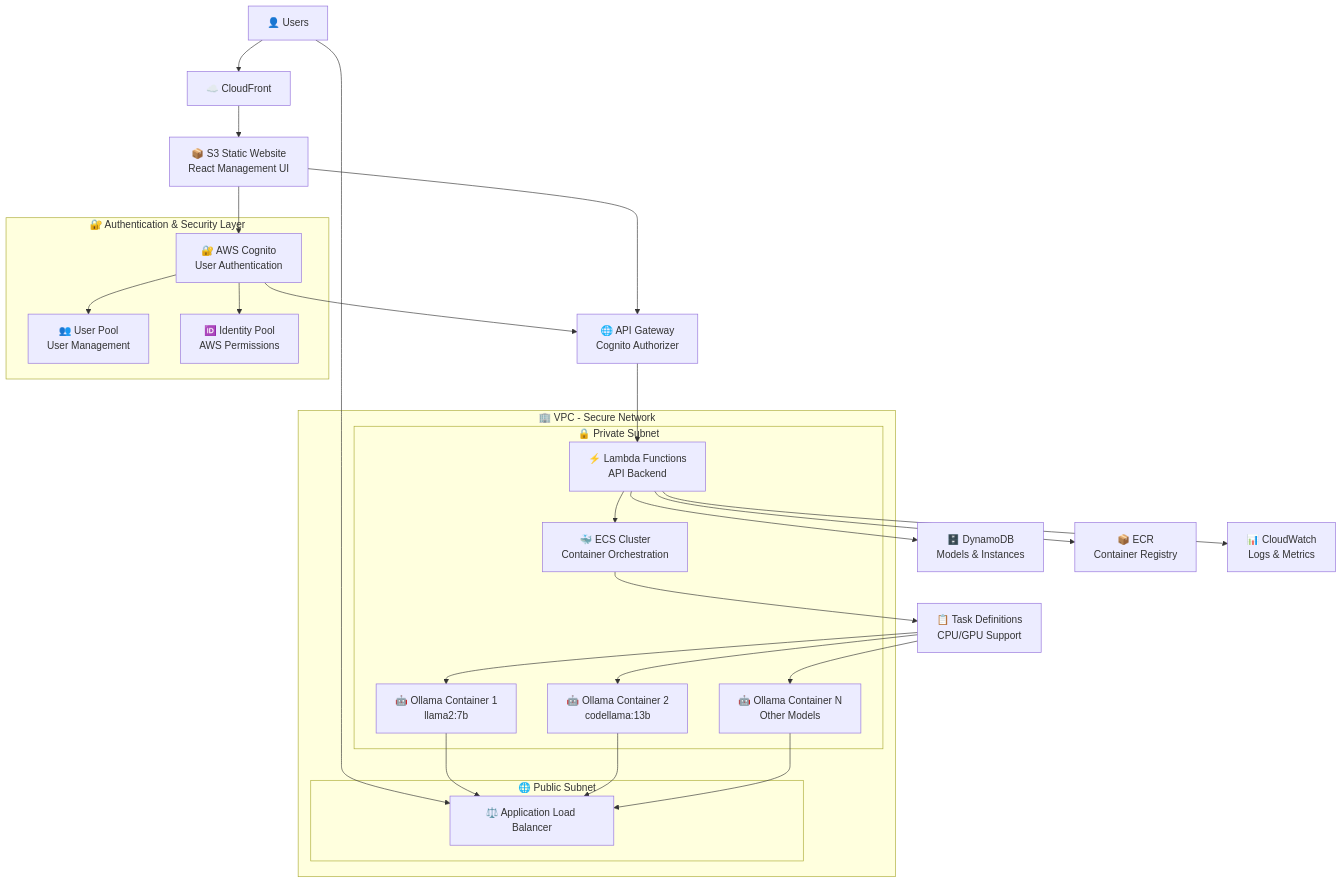
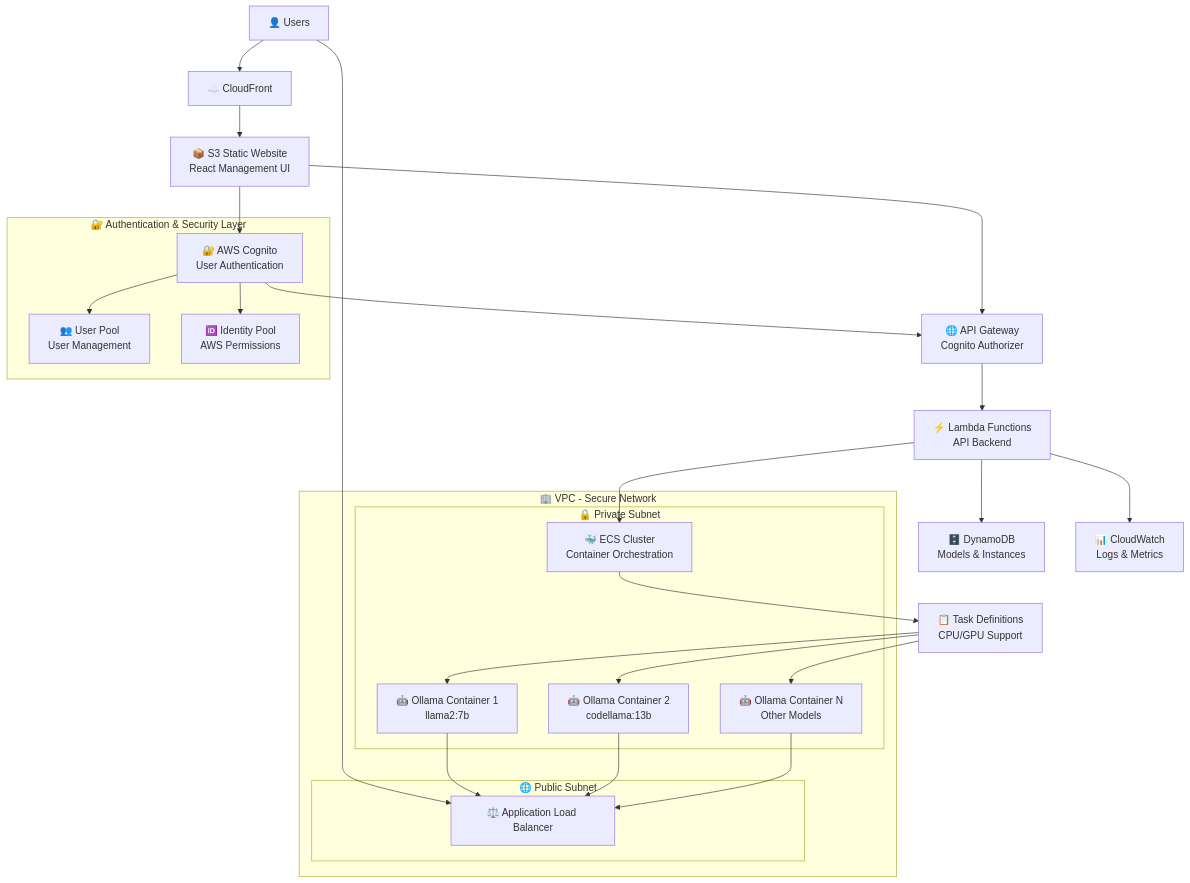
One commit to clf13092/aws-ollama-llm-platform changed the diagram in README.md. Above: the diagram before and after it, drawn with Mermaid. The commit also changed other lines of this file and 1 other file, not shown here.

````diff
--- a/README.md
+++ b/README.md
@@ -30,51 +30,49 @@
 ```mermaid
 graph TB
     User[👤 Users] --> CF[☁️ CloudFront]
     User --> ALB[⚖️ Application Load Balancer]
     
     CF --> S3[📦 S3 Static Website<br/>React Management UI]
     
     S3 --> Cognito[🔐 AWS Cognito<br/>User Authentication]
     S3 --> APIGW[🌐 API Gateway<br/>Cognito Authorizer]
     
     Cognito --> APIGW
     APIGW --> Lambda[⚡ Lambda Functions<br/>API Backend]
     
     Lambda --> DDB[🗄️ DynamoDB<br/>Models & Instances]
     Lambda --> ECS[🐳 ECS Cluster<br/>Container Orchestration]
-    Lambda --> ECR[📦 ECR<br/>Container Registry]
     
     ECS --> TaskDef[📋 Task Definitions<br/>CPU/GPU Support]
     TaskDef --> OllamaTask1[🤖 Ollama Container 1<br/>llama2:7b]
     TaskDef --> OllamaTask2[🤖 Ollama Container 2<br/>codellama:13b]
     TaskDef --> OllamaTaskN[🤖 Ollama Container N<br/>Other Models]
     
     OllamaTask1 --> ALB
     OllamaTask2 --> ALB
     OllamaTaskN --> ALB
     
     Lambda --> CW[📊 CloudWatch<br/>Logs & Metrics]
     
     subgraph VPC[🏢 VPC - Secure Network]
         subgraph PublicSubnet[🌐 Public Subnet]
             ALB
         end
         
         subgraph PrivateSubnet[🔒 Private Subnet]
             ECS
             OllamaTask1
             OllamaTask2
             OllamaTaskN
-            Lambda
         end
     end
     
     subgraph AuthLayer[🔐 Authentication & Security Layer]
         Cognito
         UserPool[👥 User Pool<br/>User Management]
         IdentityPool[🆔 Identity Pool<br/>AWS Permissions]
         
         Cognito --> UserPool
         Cognito --> IdentityPool
     end
 ```
````
